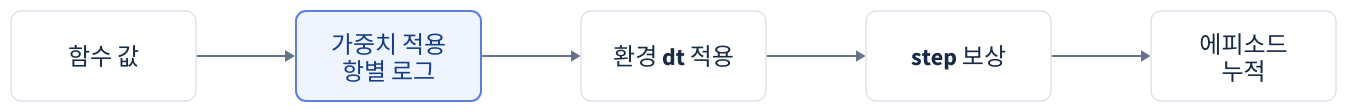
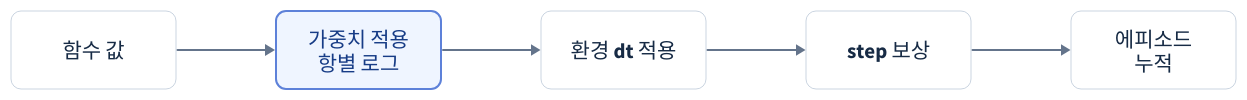
The diagram in learning-notes/reinforcement-learning/diagrams/05-reward-accounting.d2 (fortex66/physical-ai-training), drawn with D2 before and after one commit. The commit also changed 44 other files, not shown here.

Commit message:
docs: add lesson 23 custom RL environment and reduce diagram sizing

```diff
--- a/learning-notes/reinforcement-learning/diagrams/05-reward-accounting.d2
+++ b/learning-notes/reinforcement-learning/diagrams/05-reward-accounting.d2
@@ -1,24 +1,24 @@
 direction: down
 classes: {
   box: {
-    width: 185
-    height: 90
-    style: {font-size: 24; font-color: "#172B45"; fill: "#FFFFFF"; stroke: "#CBD5E1"; stroke-width: 1; border-radius: 10}
+    width: 165
+    height: 78
+    style: {font-size: 21; font-color: "#172B45"; fill: "#FFFFFF"; stroke: "#CBD5E1"; stroke-width: 1; border-radius: 10}
   }
   focus: {
-    width: 185
-    height: 90
-    style: {font-size: 24; font-color: "#173C86"; fill: "#EFF5FF"; stroke: "#5D81D9"; stroke-width: 2; border-radius: 10}
+    width: 165
+    height: 78
+    style: {font-size: 21; font-color: "#173C86"; fill: "#EFF5FF"; stroke: "#5D81D9"; stroke-width: 2; border-radius: 10}
   }
 }
 *.class: box
-*.style.font-size: 24
+*.style.font-size: 21
 (* -> *)[*].style.stroke: "#64748B"
 (* -> *)[*].style.stroke-width: 2
 direction: right
 raw: 함수 값
 weight: "가중치 적용\n항별 로그" {class: focus}
 time: 환경 dt 적용
 rew: step 보상
 sum: "에피소드\n누적"
 raw -> weight -> time -> rew -> sum
```
